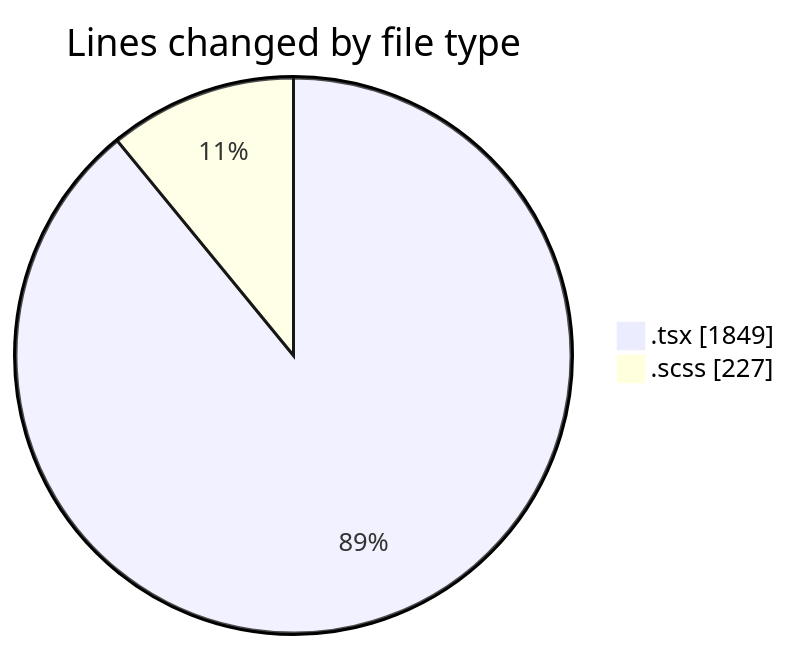
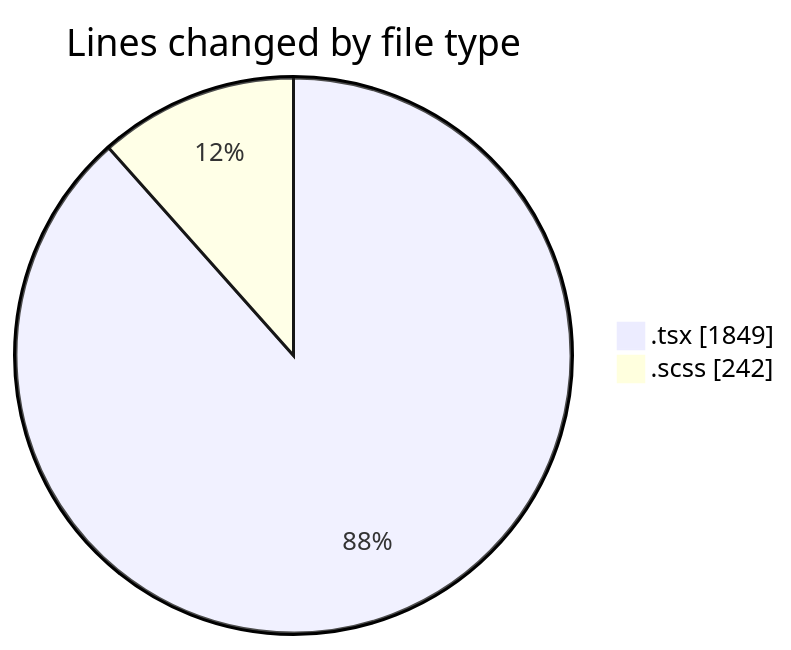
Before and after one commit to momahboobian/code-tracking: the first of 2 diagrams in 2025-04-07/cda/README.md, drawn with Mermaid. The commit also changed other lines of this file and 1 other file, not shown here.

````diff
--- a/2025-04-07/cda/README.md
+++ b/2025-04-07/cda/README.md
@@ -26,6 +26,6 @@
 ```mermaid
 pie showData
 title Lines changed by file type
 ".tsx" : 1849
-".scss" : 227
+".scss" : 242
 ```
````
